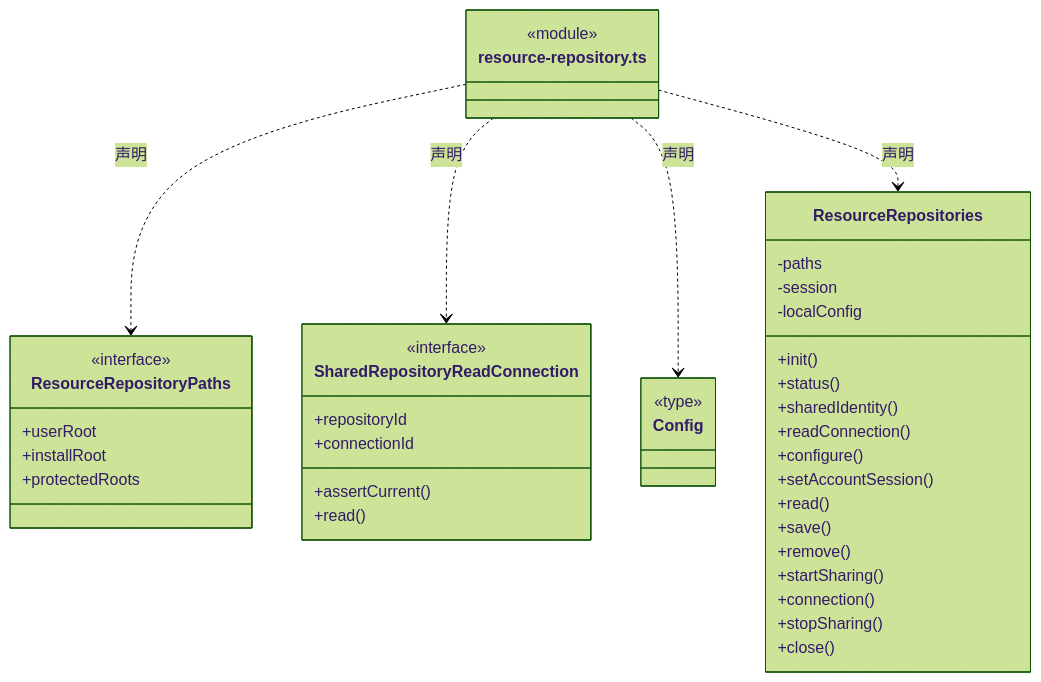
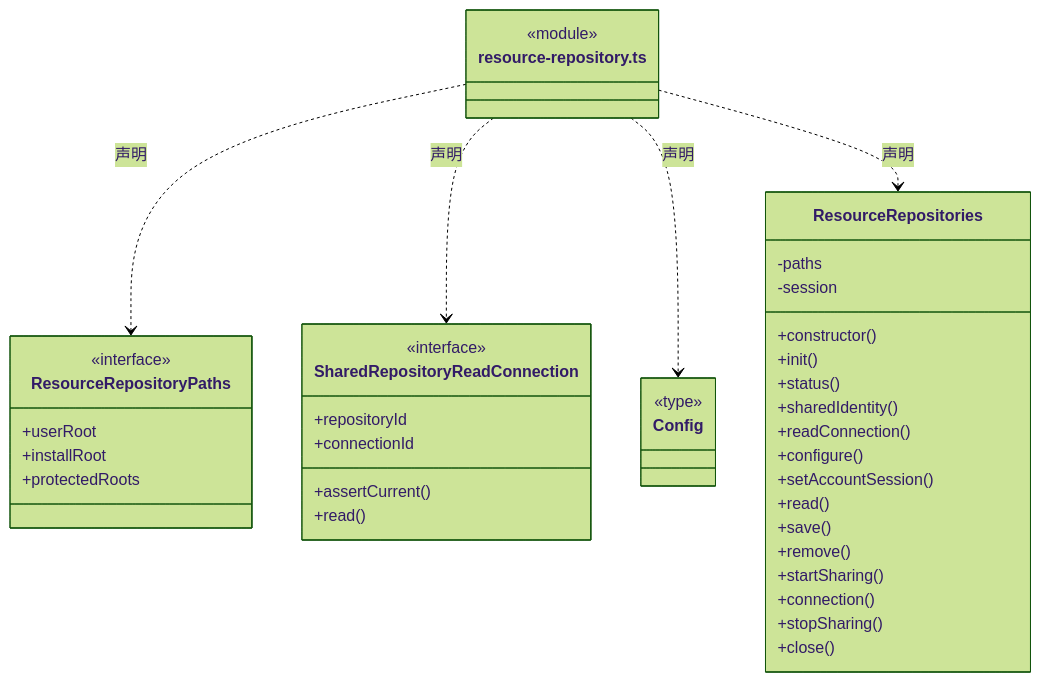
The fourth of 8 diagrams in src/logic/resources/service/ARCHITECTURE.md (nan023062/cbim), drawn with Mermaid (forest theme) before and after one commit. The commit also changed other lines of this file and 139 other files, not shown here.

Commit message:
docs(architecture): add source reading paths and complete file inventories

````diff
--- a/src/logic/resources/service/ARCHITECTURE.md
+++ b/src/logic/resources/service/ARCHITECTURE.md
@@ -68,45 +73,45 @@
 ```mermaid
 classDiagram
 class N_src_logic_resources_service_resource_repository_ts["resource-repository.ts"] {
   <<module>>
 }
 class N_src_logic_resources_service_resource_repository_ts_ResourceRepositoryPaths["ResourceRepositoryPaths"] {
   <<interface>>
   +userRoot
   +installRoot
   +protectedRoots
 }
 N_src_logic_resources_service_resource_repository_ts ..> N_src_logic_resources_service_resource_repository_ts_ResourceRepositoryPaths : 声明
 class N_src_logic_resources_service_resource_repository_ts_SharedRepositoryReadConnection["SharedRepositoryReadConnection"] {
   <<interface>>
   +repositoryId
   +connectionId
   +assertCurrent()
   +read()
 }
 N_src_logic_resources_service_resource_repository_ts ..> N_src_logic_resources_service_resource_repository_ts_SharedRepositoryReadConnection : 声明
 class N_src_logic_resources_service_resource_repository_ts_Config["Config"] {
   <<type>>
 
 }
 N_src_logic_resources_service_resource_repository_ts ..> N_src_logic_resources_service_resource_repository_ts_Config : 声明
 class N_src_logic_resources_service_resource_repository_ts_ResourceRepositories["ResourceRepositories"] {
+  +constructor()
   +init()
   +status()
   +sharedIdentity()
   +readConnection()
   +configure()
   +setAccountSession()
   +read()
   +save()
   +remove()
   +startSharing()
   +connection()
   +stopSharing()
   +close()
   -paths
   -session
-  -localConfig
 }
 N_src_logic_resources_service_resource_repository_ts ..> N_src_logic_resources_service_resource_repository_ts_ResourceRepositories : 声明
 ```
````
